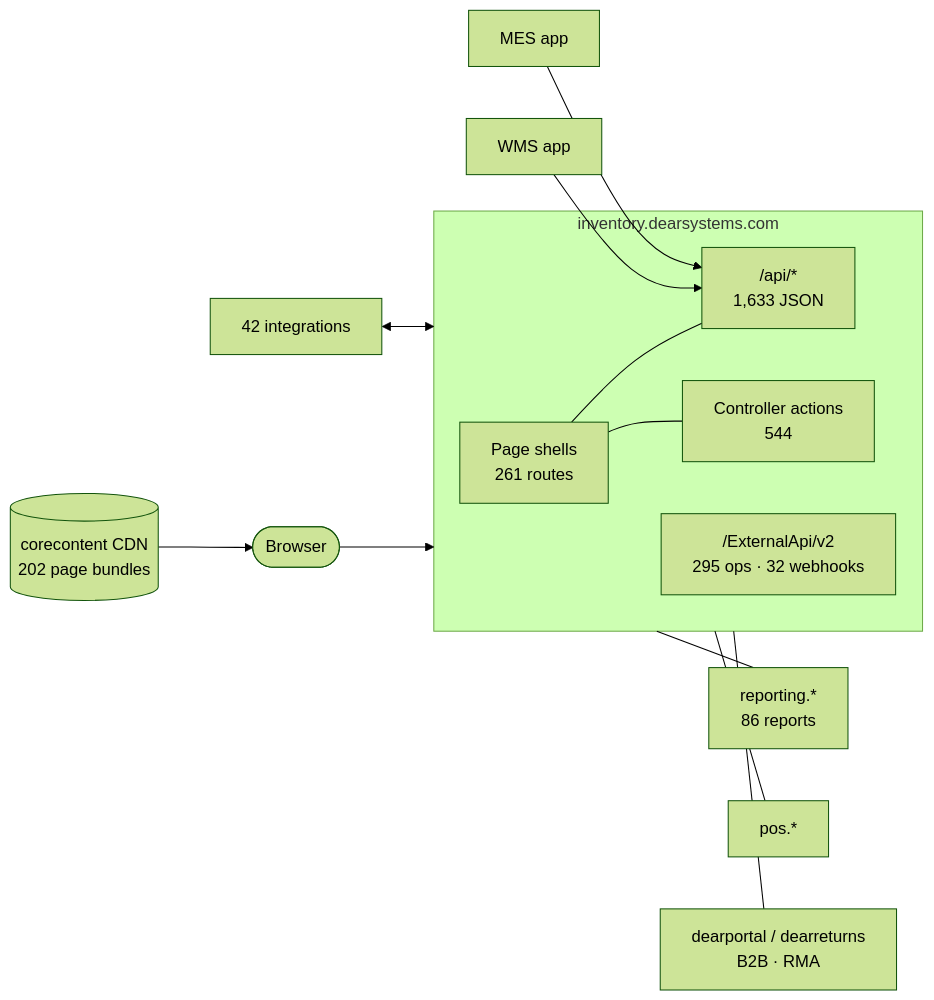
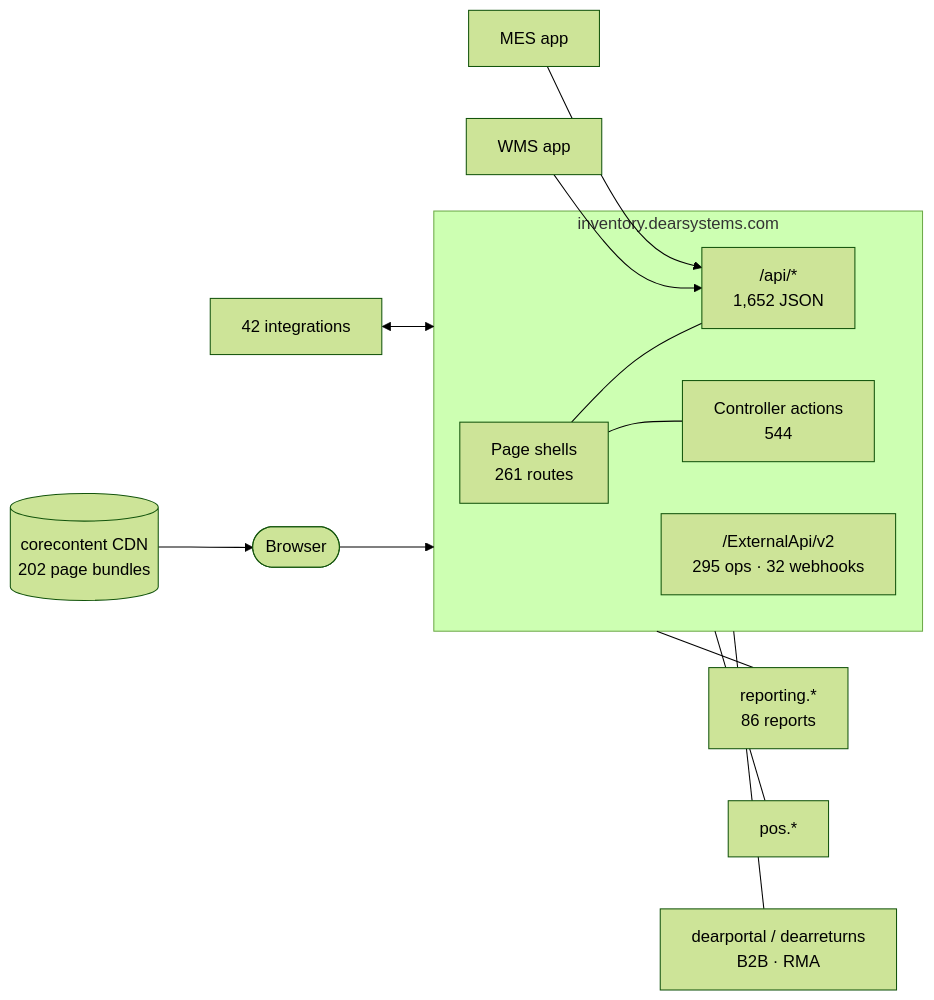
Before and after one commit to fightmilk808/cin7-core-rebuild: the third of 4 diagrams in README.md, drawn with Mermaid (forest theme). The commit also changed other lines of this file and 17 other files, not shown here.

````diff
--- a/README.md
+++ b/README.md
@@ -54,16 +54,16 @@
 ```mermaid
 flowchart LR
     U([Browser]) --> APP
     subgraph APP[inventory.dearsystems.com]
-      MVC[Page shells<br/>261 routes] --- API["/api/*<br/>1,633 JSON"]
+      MVC[Page shells<br/>261 routes] --- API["/api/*<br/>1,652 JSON"]
       MVC --- ACT[Controller actions<br/>544]
       PUB["/ExternalApi/v2<br/>295 ops · 32 webhooks"]
     end
     CDN[(corecontent CDN<br/>202 page bundles)] --> U
     APP --- REP[reporting.*<br/>86 reports]
     APP --- POS[pos.*]
     APP --- PORT[dearportal / dearreturns<br/>B2B · RMA]
     WMS[WMS app] --> API
     MES[MES app] --> API
     INT[42 integrations] <--> APP
 ```
````
